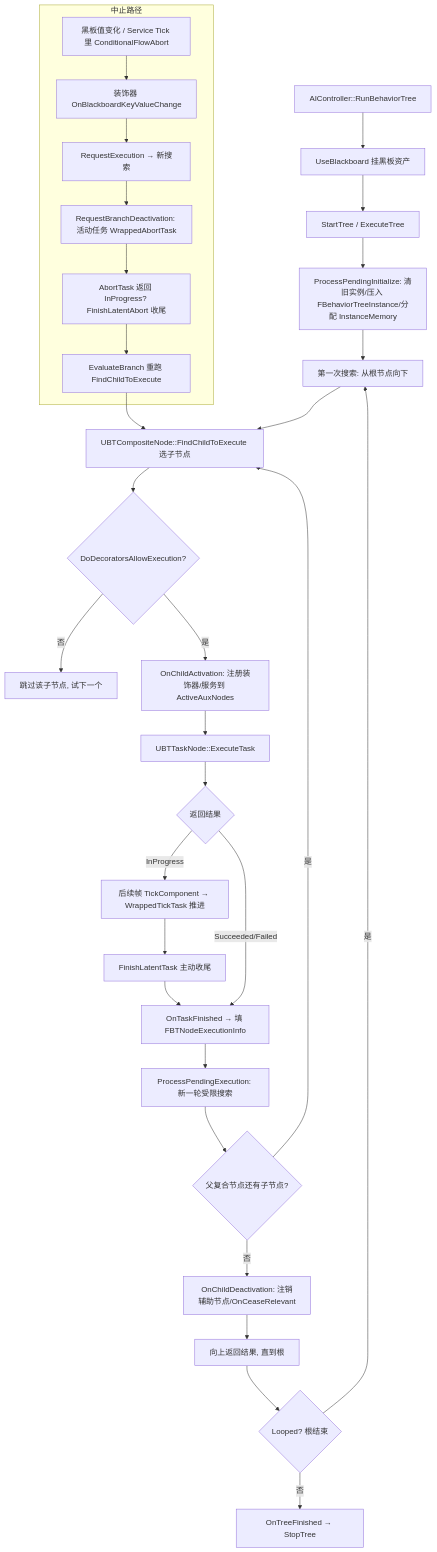
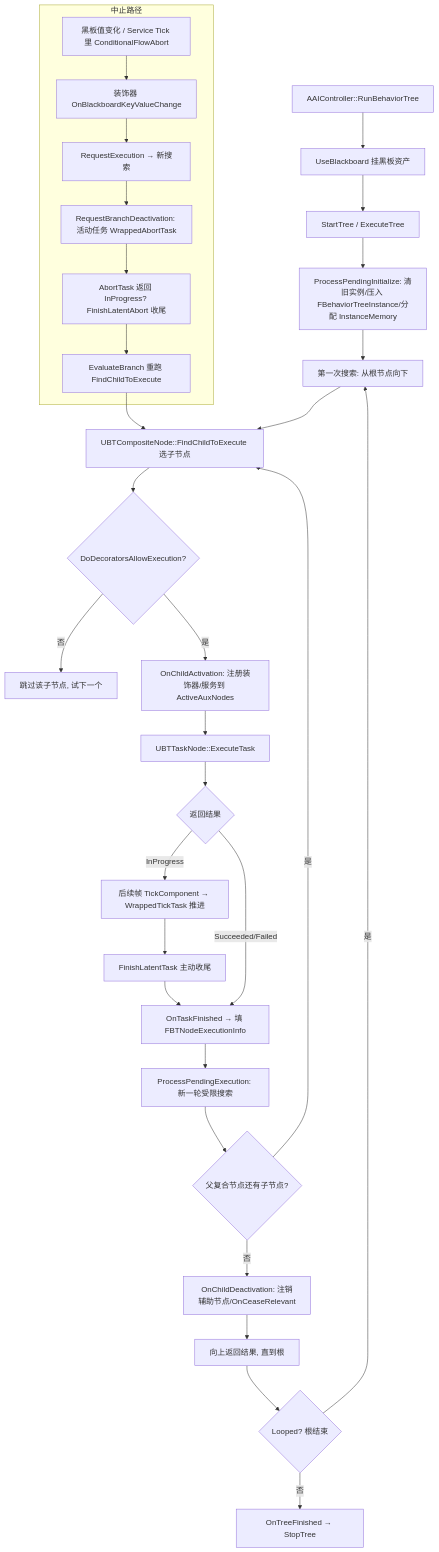
Before and after one commit to fantuan812/learning: the diagram in 游戏知识/12-引擎源码分析/12-行为树与AI源码.md, drawn with Mermaid. The commit also changed other lines of this file and 264 other files, not shown here.

````diff
--- a/游戏知识/12-引擎源码分析/12-行为树与AI源码.md
+++ b/游戏知识/12-引擎源码分析/12-行为树与AI源码.md
@@ -635,34 +1844,34 @@
 ```mermaid
 flowchart TD
-    A[AIController::RunBehaviorTree] --> B[UseBlackboard 挂黑板资产]
+    A[AAIController::RunBehaviorTree] --> B[UseBlackboard 挂黑板资产]
     B --> C[StartTree / ExecuteTree]
     C --> D[ProcessPendingInitialize: 清旧实例/压入 FBehaviorTreeInstance/分配 InstanceMemory]
     D --> E[第一次搜索: 从根节点向下]
     E --> F[UBTCompositeNode::FindChildToExecute 选子节点]
     F --> G{DoDecoratorsAllowExecution?}
     G -->|否| F2[跳过该子节点, 试下一个]
     G -->|是| H[OnChildActivation: 注册装饰器/服务到 ActiveAuxNodes]
     H --> I[UBTTaskNode::ExecuteTask]
     I --> J{返回结果}
     J -->|InProgress| K[后续帧 TickComponent → WrappedTickTask 推进]
     K --> L[FinishLatentTask 主动收尾]
     J -->|Succeeded/Failed| M[OnTaskFinished → 填 FBTNodeExecutionInfo]
     L --> M
     M --> N[ProcessPendingExecution: 新一轮受限搜索]
     N --> O{父复合节点还有子节点?}
     O -->|是| F
     O -->|否| P[OnChildDeactivation: 注销辅助节点/OnCeaseRelevant]
     P --> Q[向上返回结果, 直到根]
     Q --> R{Looped? 根结束}
     R -->|是| E
     R -->|否| S[OnTreeFinished → StopTree]
 
     subgraph 中止路径
     T[黑板值变化 / Service Tick 里 ConditionalFlowAbort] --> U[装饰器 OnBlackboardKeyValueChange]
     U --> V[RequestExecution → 新搜索]
     V --> W[RequestBranchDeactivation: 活动任务 WrappedAbortTask]
     W --> X[AbortTask 返回 InProgress? FinishLatentAbort 收尾]
     X --> Y[EvaluateBranch 重跑 FindChildToExecute]
     end
     Y --> F
 ```
````
